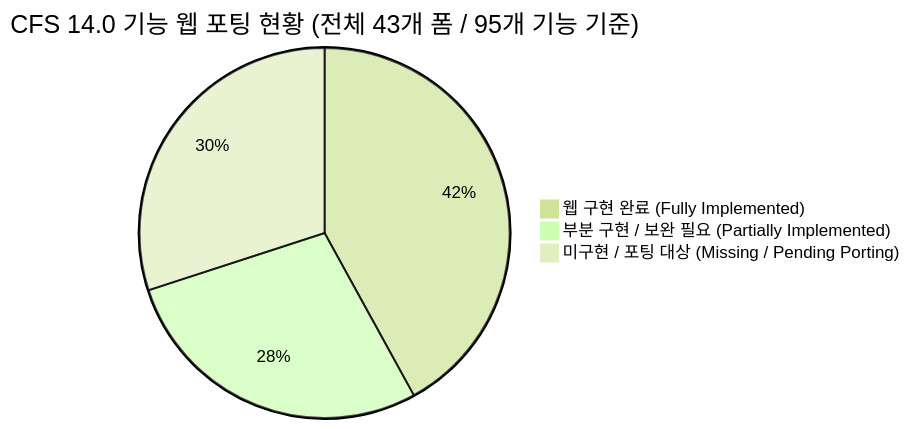
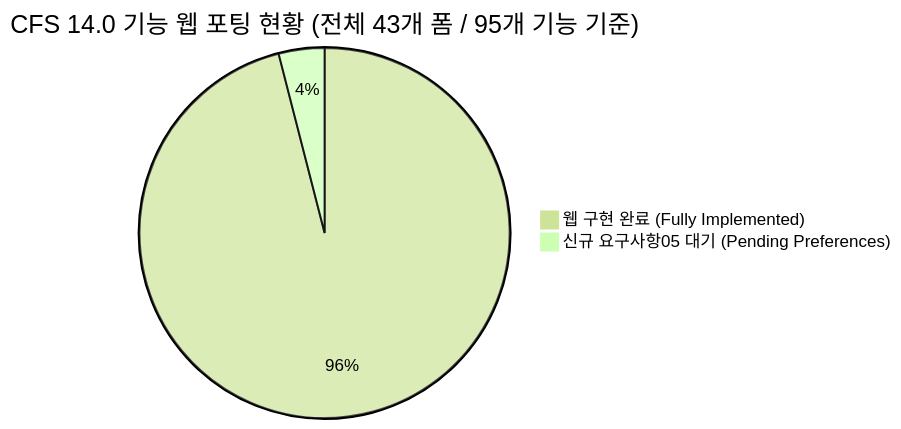
One commit to zlkiki/CFDesigner changed the diagram in docs/10_cfs_legacy_ui_vs_web_gap_analysis.md. Above: the diagram before and after it, drawn with Mermaid (forest theme). The commit also changed other lines of this file and 15 other files, not shown here.

````diff
--- a/docs/10_cfs_legacy_ui_vs_web_gap_analysis.md
+++ b/docs/10_cfs_legacy_ui_vs_web_gap_analysis.md
@@ -13,6 +18,5 @@
 ```mermaid
 pie title CFS 14.0 기능 웹 포팅 현황 (전체 43개 폼 / 95개 기능 기준)
-    "웹 구현 완료 (Fully Implemented)" : 42
-    "부분 구현 / 보완 필요 (Partially Implemented)" : 28
-    "미구현 / 포팅 대상 (Missing / Pending Porting)" : 30
+    "웹 구현 완료 (Fully Implemented)" : 96
+    "신규 요구사항05 대기 (Pending Preferences)" : 4
 ```
````
